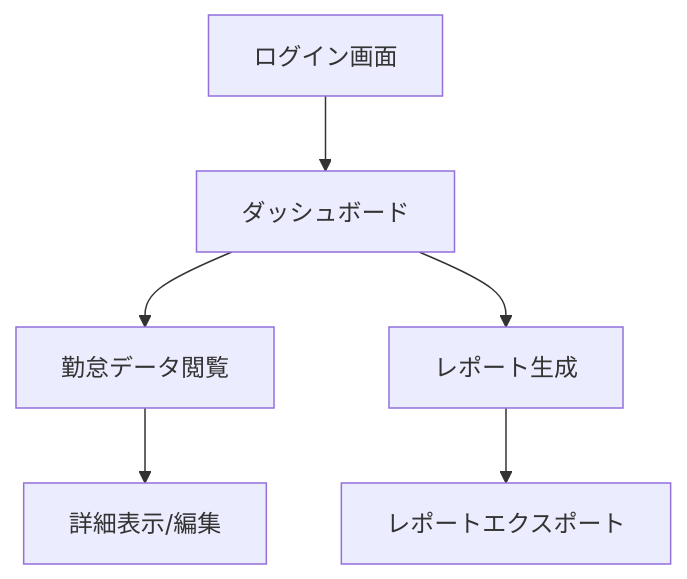
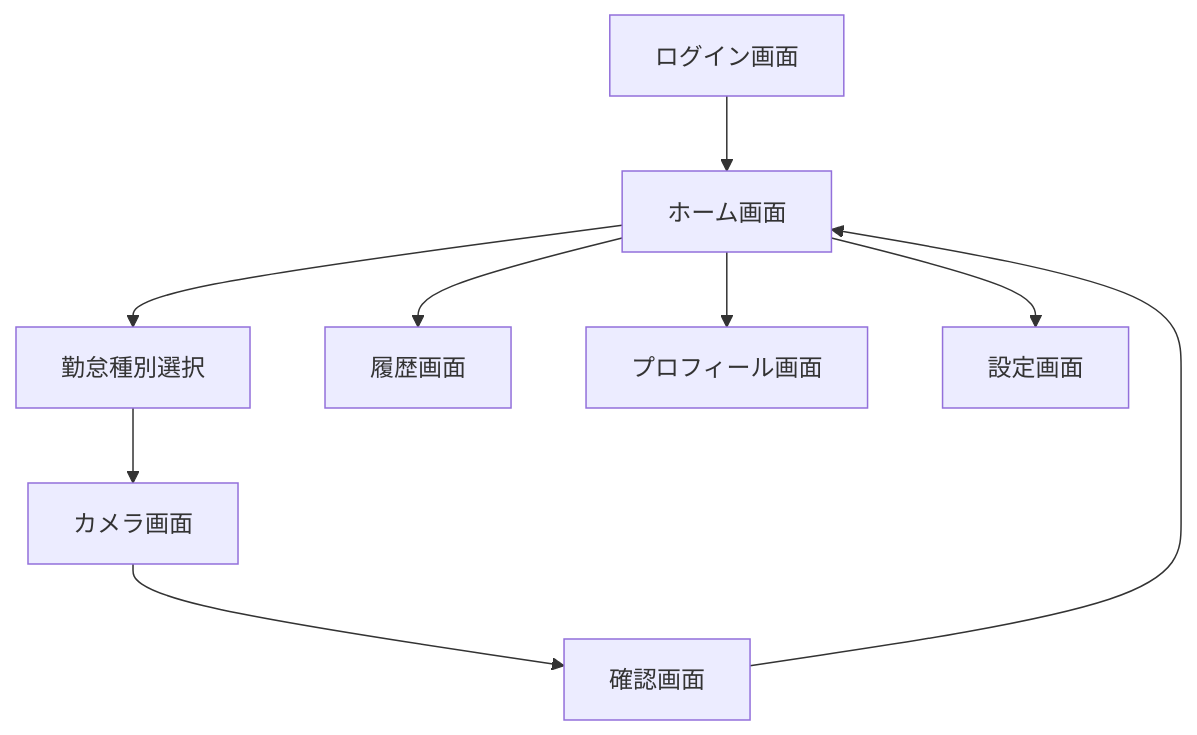
The diagram in doc/design_layout.md (yamasaw/attendance-management-mobile-by-ai-driven), drawn with Mermaid before and after one commit. The commit also changed other lines of this file and 4 other files, not shown here.

````diff
--- a/doc/design_layout.md
+++ b/doc/design_layout.md
@@ -67,8 +55,11 @@
 ```mermaid
 flowchart TD
-    D[ログイン画面] --> E[ダッシュボード]
-    E --> F[勤怠データ閲覧]
-    E --> G[レポート生成]
-    F --> H[詳細表示/編集]
-    G --> I[レポートエクスポート]
+    A[ログイン画面] --> B[ホーム画面]
+    B --> C[勤怠種別選択]
+    C --> D[カメラ画面]
+    D --> E[確認画面]
+    E --> B
+    B --> F[履歴画面]
+    B --> G[プロフィール画面]
+    B --> H[設定画面]
 ```
````
